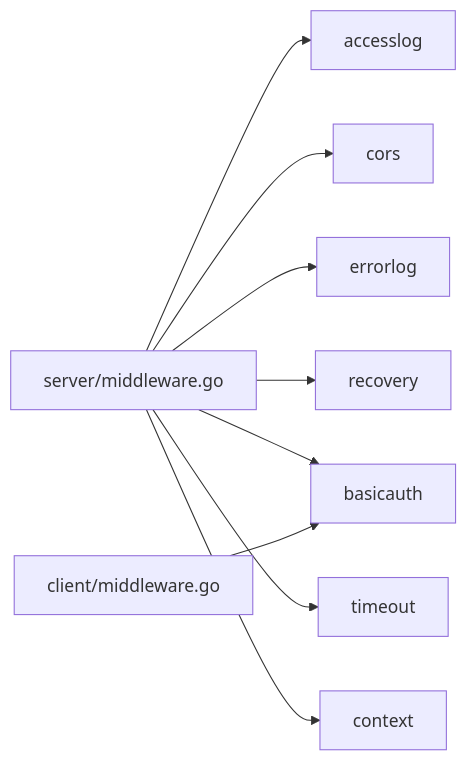
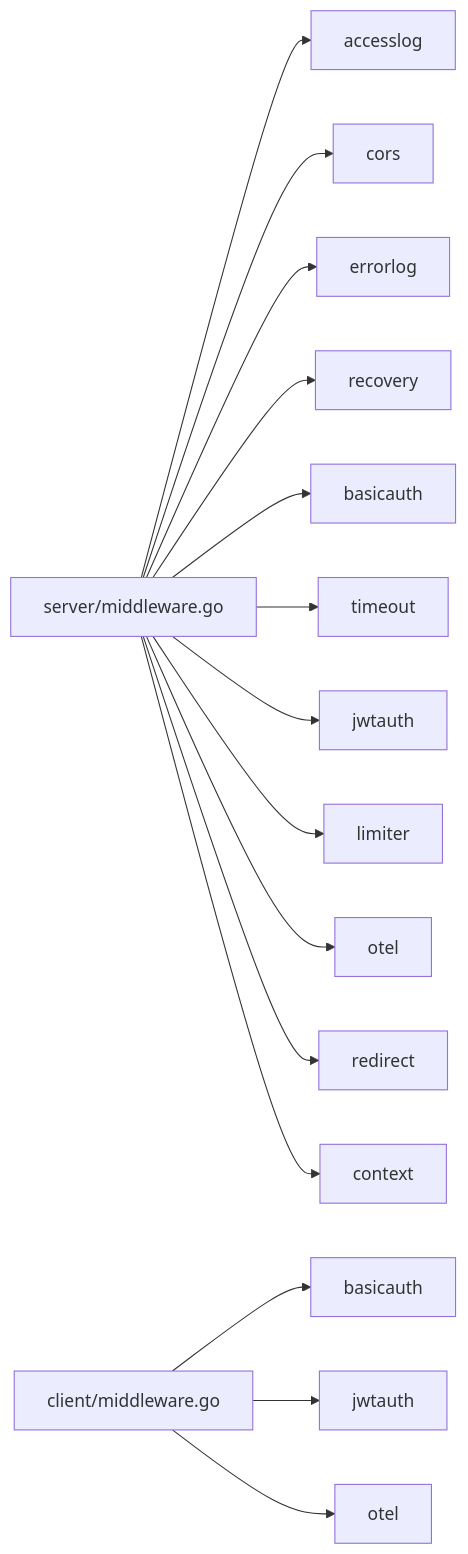
The fourth of 4 diagrams in .agents/repowiki/zh/content/HTTP 服务器框架/中间件系统.md (soyacen/goose), drawn with Mermaid before and after one commit. The commit also changed other lines of this file and 3 other files, not shown here.

````diff
--- a/.agents/repowiki/zh/content/HTTP 服务器框架/中间件系统.md
+++ b/.agents/repowiki/zh/content/HTTP 服务器框架/中间件系统.md
@@ -228,11 +330,17 @@
 ```mermaid
 graph LR
 S_API["server/middleware.go"] --> S_ACCESS["accesslog"]
 S_API --> S_CORS["cors"]
 S_API --> S_ERRLOG["errorlog"]
 S_API --> S_RECOV["recovery"]
 S_API --> S_BASIC["basicauth"]
 S_API --> S_TIMEOUT["timeout"]
+S_API --> S_JWT["jwtauth"]
+S_API --> S_LIMIT["limiter"]
+S_API --> S_OTEL["otel"]
+S_API --> S_REDIRECT["redirect"]
 S_API --> S_CTX["context"]
-C_API["client/middleware.go"] --> S_BASIC
+C_API["client/middleware.go"] --> C_BASIC["basicauth"]
+C_API --> C_JWT["jwtauth"]
+C_API --> C_OTEL["otel"]
 ```
````
